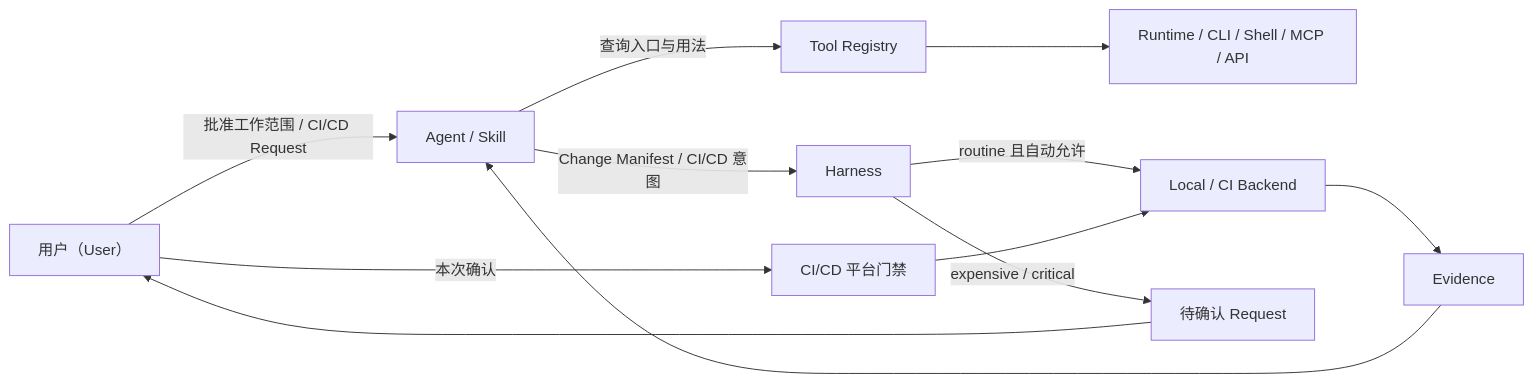
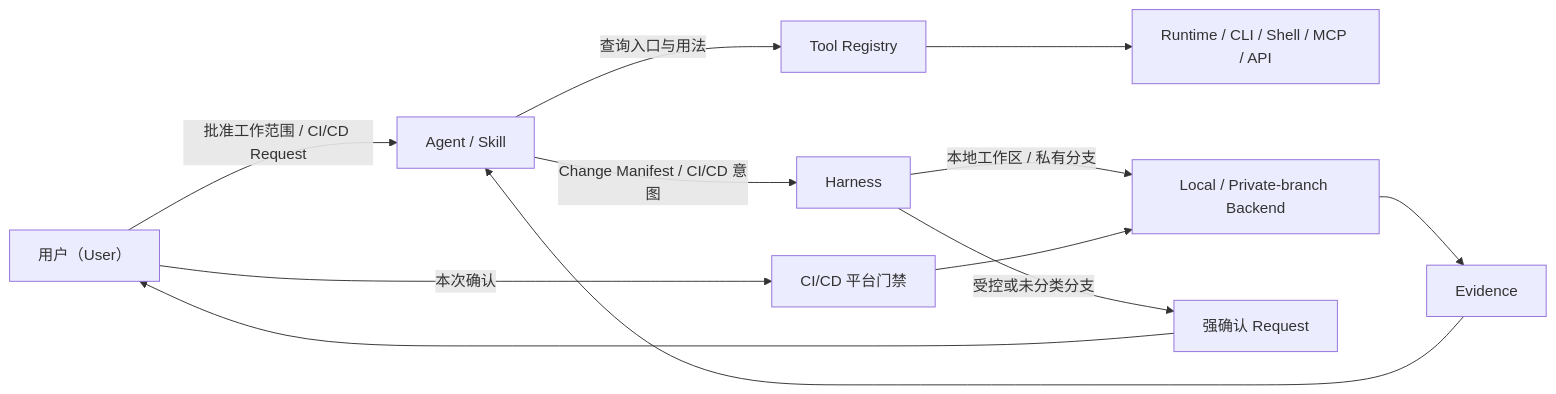
Before and after one commit to bigsmartben/harness-scaffold: the diagram in docs/specification.md, drawn with Mermaid. The commit also changed other lines of this file and 90 other files, not shown here.

````diff
--- a/docs/specification.md
+++ b/docs/specification.md
@@ -109,14 +113,14 @@
 ```mermaid
 flowchart LR
     U["用户（User）"] -->|"批准工作范围 / CI/CD Request"| A["Agent / Skill"]
     A -->|"查询入口与用法"| R["Tool Registry"]
     R --> O["Runtime / CLI / Shell / MCP / API"]
     A -->|"Change Manifest / CI/CD 意图"| H["Harness"]
-    H -->|"routine 且自动允许"| B["Local / CI Backend"]
-    H -->|"expensive / critical"| Q["待确认 Request"]
+    H -->|"本地工作区 / 私有分支"| B["Local / Private-branch Backend"]
+    H -->|"受控或未分类分支"| Q["强确认 Request"]
     Q --> U
     U -->|"本次确认"| G["CI/CD 平台门禁"]
     G --> B
     B --> E["Evidence"]
     E --> A
 ```
````
